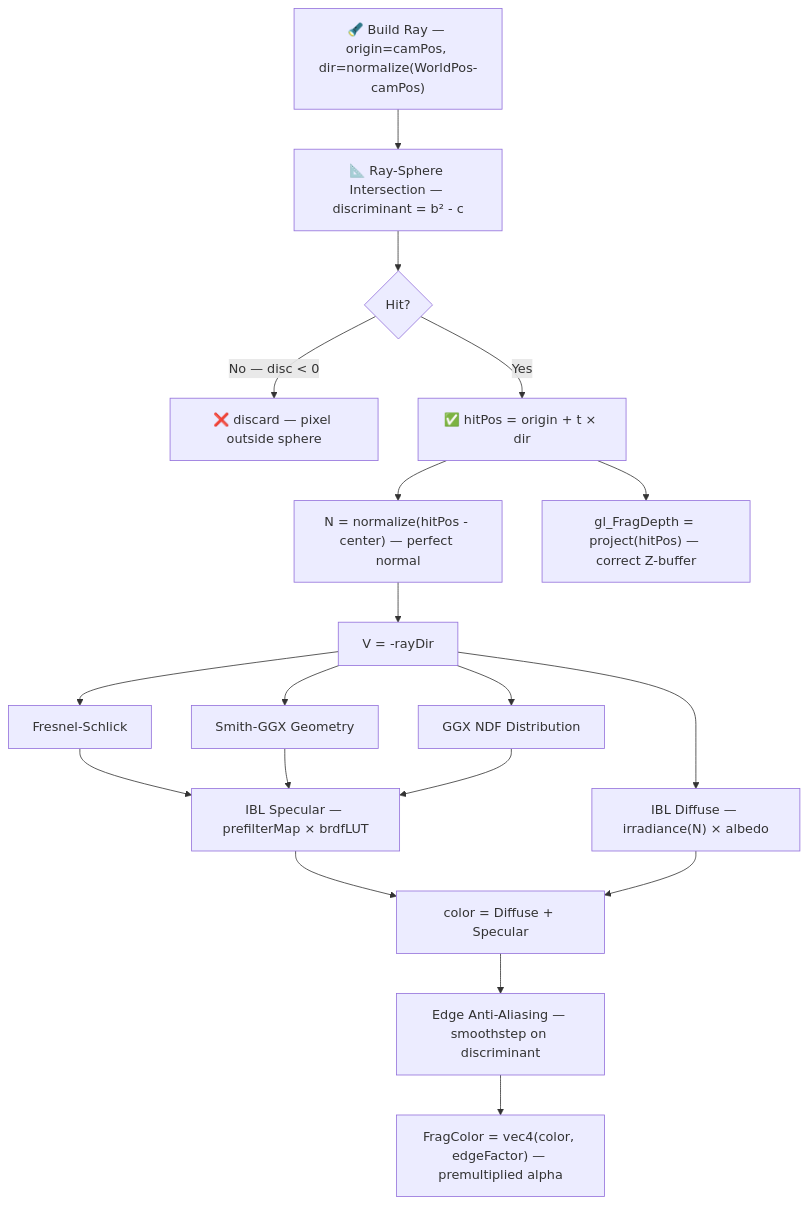
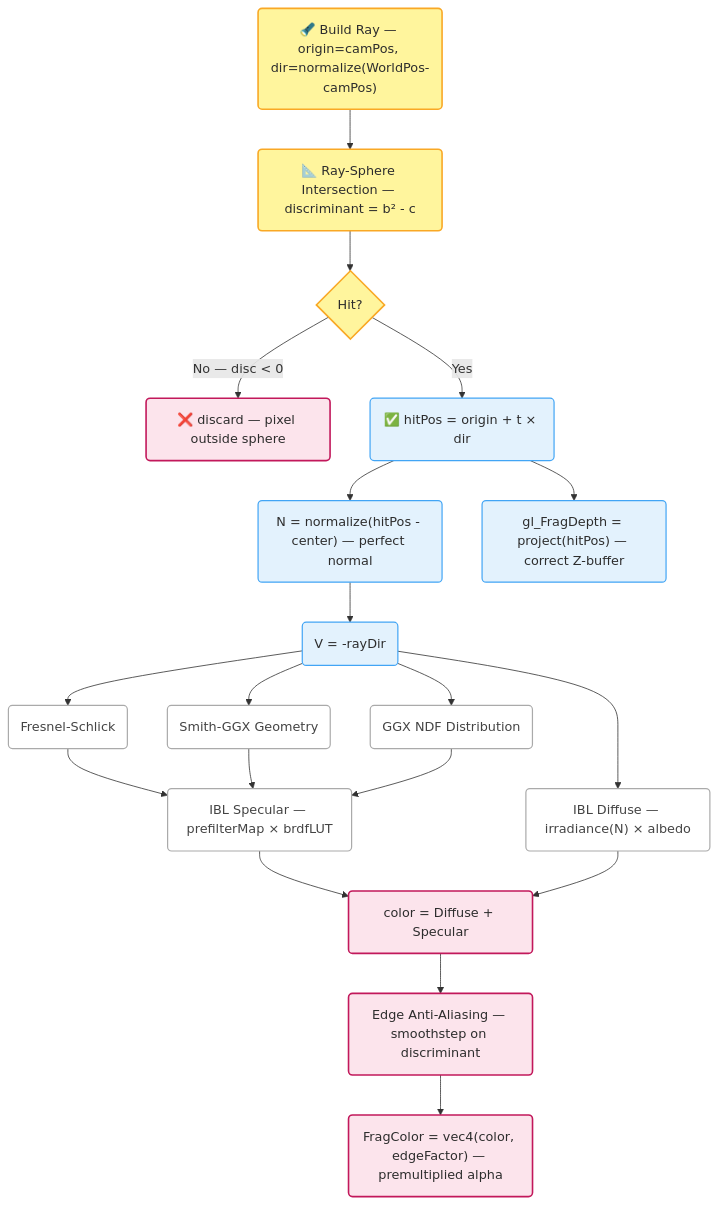
One commit to yoyonel/blog_source changed diagram 15 of 17 in content/suckless-ogl-anatomie-frame-en.md. Above: the diagram before and after it, drawn with Mermaid. The commit also changed other lines of this file and 4 other files, not shown here.

First line of the commit message:
refactor(mermaid): hand-drawn style + forced light mode for all browsers

```diff
--- a/content/suckless-ogl-anatomie-frame-en.md
+++ b/content/suckless-ogl-anatomie-frame-en.md
@@ -755,19 +829,29 @@
 <pre class="mermaid">
 graph TD
-    R["🔦 Build Ray — origin=camPos, dir=normalize(WorldPos-camPos)"]
-    R --> INT["📐 Ray-Sphere Intersection — discriminant = b² - c"]
+    R("🔦 Build Ray — origin=camPos, dir=normalize(WorldPos-camPos)")
+    R --> INT("📐 Ray-Sphere Intersection — discriminant = b² - c")
     INT --> HIT{"Hit?"}
-    HIT -->|"No — disc < 0"| DISCARD["❌ discard — pixel outside sphere"]
-    HIT -->|"Yes"| HITPOS["✅ hitPos = origin + t × dir"]
-    HITPOS --> NORMAL["N = normalize(hitPos - center) — perfect normal"]
-    HITPOS --> DEPTH["gl_FragDepth = project(hitPos) — correct Z-buffer"]
-    NORMAL --> PBR["V = -rayDir"]
-    PBR --> FRESNEL["Fresnel-Schlick"]
-    PBR --> GGX["Smith-GGX Geometry"]
-    PBR --> NDF["GGX NDF Distribution"]
-    FRESNEL & GGX & NDF --> SPEC["IBL Specular — prefilterMap × brdfLUT"]
-    PBR --> DIFF["IBL Diffuse — irradiance(N) × albedo"]
-    SPEC & DIFF --> FINAL["color = Diffuse + Specular"]
-    FINAL --> AA["Edge Anti-Aliasing — smoothstep on discriminant"]
-    AA --> ALPHA["FragColor = vec4(color, edgeFactor) — premultiplied alpha"]
+    HIT -->|"No — disc < 0"| DISCARD("❌ discard — pixel outside sphere")
+    HIT -->|"Yes"| HITPOS("✅ hitPos = origin + t × dir")
+    HITPOS --> NORMAL("N = normalize(hitPos - center) — perfect normal")
+    HITPOS --> DEPTH("gl_FragDepth = project(hitPos) — correct Z-buffer")
+    NORMAL --> PBR("V = -rayDir")
+    PBR --> FRESNEL("Fresnel-Schlick")
+    PBR --> GGX("Smith-GGX Geometry")
+    PBR --> NDF("GGX NDF Distribution")
+    FRESNEL & GGX & NDF --> SPEC("IBL Specular — prefilterMap × brdfLUT")
+    PBR --> DIFF("IBL Diffuse — irradiance(N) × albedo")
+    SPEC & DIFF --> FINAL("color = Diffuse + Specular")
+    FINAL --> AA("Edge Anti-Aliasing — smoothstep on discriminant")
+    AA --> ALPHA("FragColor = vec4(color, edgeFactor) — premultiplied alpha")
+
+    classDef keyFunc fill:#fff59d,stroke:#f9a825,stroke-width:2px,color:#2d2d2d
+    classDef compute fill:#e3f2fd,stroke:#42a5f5,stroke-width:1.5px,color:#2d2d2d
+    classDef entryExit fill:#fce4ec,stroke:#c2185b,stroke-width:2px,color:#2d2d2d
+    classDef subsystem fill:#ffffff,stroke:#aaaaaa,stroke-width:1.5px,color:#444444
+
+    class R,INT,HIT keyFunc
+    class HITPOS,NORMAL,DEPTH,PBR compute
+    class FRESNEL,GGX,NDF,SPEC,DIFF subsystem
+    class FINAL,AA,ALPHA,DISCARD entryExit
 </pre>
```
